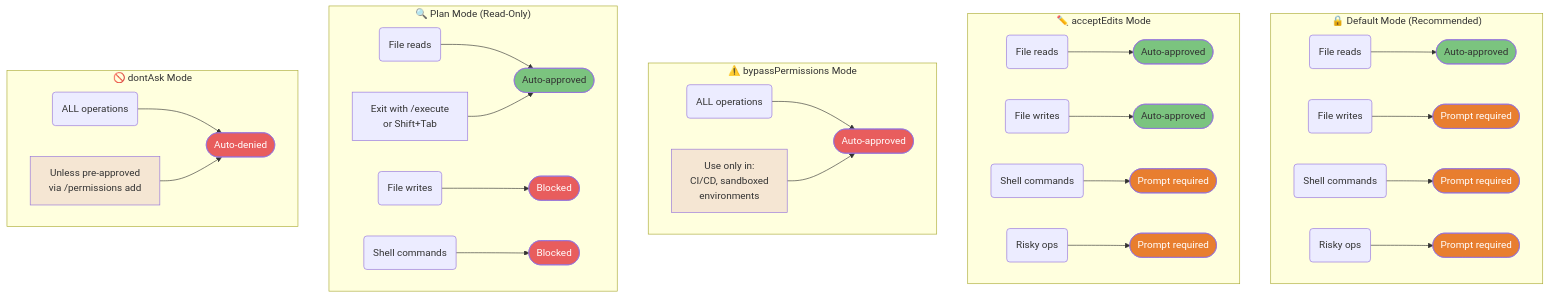
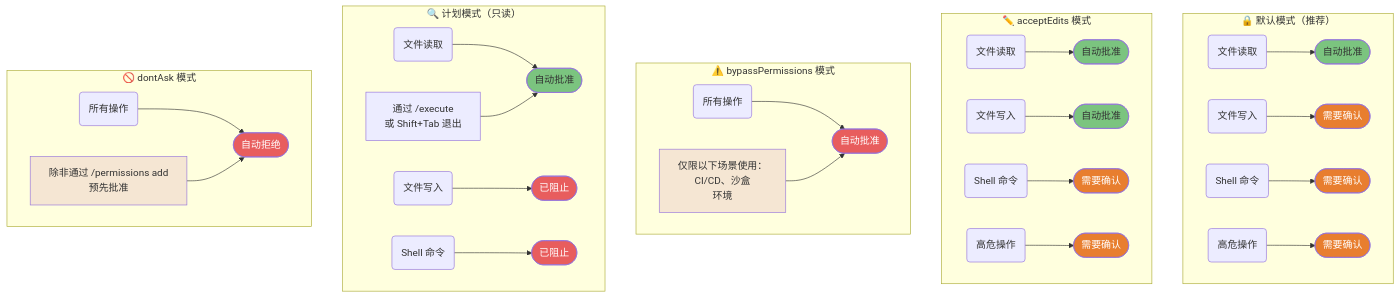
Before and after one commit to lawrencewzen/aispark-wiki: the fourth of 4 diagrams in claude-code/diagrams/01-foundations.md, drawn with Mermaid. The commit also changed other lines of this file and 82 other files, not shown here.

First line of the commit message:
feat: 完成 claude-code/ 目录全量中文翻译

````diff
--- a/claude-code/diagrams/01-foundations.md
+++ b/claude-code/diagrams/01-foundations.md
@@ -215,79 +215,79 @@
 ```mermaid
 flowchart TD
-    subgraph DEFAULT["🔒 Default Mode (Recommended)"]
-        D1(File reads) --> D2([Auto-approved])
-        D3(File writes) --> D4([Prompt required])
-        D5(Shell commands) --> D6([Prompt required])
-        D7(Risky ops) --> D8([Prompt required])
+    subgraph DEFAULT["🔒 默认模式（推荐）"]
+        D1(文件读取) --> D2([自动批准])
+        D3(文件写入) --> D4([需要确认])
+        D5(Shell 命令) --> D6([需要确认])
+        D7(高危操作) --> D8([需要确认])
     end
 
-    subgraph ACCEPT["✏️ acceptEdits Mode"]
-        A1(File reads) --> A2([Auto-approved])
-        A3(File writes) --> A4([Auto-approved])
-        A5(Shell commands) --> A6([Prompt required])
-        A7(Risky ops) --> A8([Prompt required])
+    subgraph ACCEPT["✏️ acceptEdits 模式"]
+        A1(文件读取) --> A2([自动批准])
+        A3(文件写入) --> A4([自动批准])
+        A5(Shell 命令) --> A6([需要确认])
+        A7(高危操作) --> A8([需要确认])
     end
 
-    subgraph BYPASS["⚠️ bypassPermissions Mode"]
-        B1(ALL operations) --> B2([Auto-approved])
-        B3["Use only in:<br/>CI/CD, sandboxed<br/>environments"] --> B2
+    subgraph BYPASS["⚠️ bypassPermissions 模式"]
+        B1(所有操作) --> B2([自动批准])
+        B3["仅限以下场景使用：<br/>CI/CD、沙盒<br/>环境"] --> B2
     end
 
-    subgraph PLAN["🔍 Plan Mode (Read-Only)"]
-        PL1(File reads) --> PL2([Auto-approved])
-        PL3(File writes) --> PL4([Blocked])
-        PL5(Shell commands) --> PL6([Blocked])
-        PL7["Exit with /execute<br/>or Shift+Tab"] --> PL2
+    subgraph PLAN["🔍 计划模式（只读）"]
+        PL1(文件读取) --> PL2([自动批准])
+        PL3(文件写入) --> PL4([已阻止])
+        PL5(Shell 命令) --> PL6([已阻止])
+        PL7["通过 /execute<br/>或 Shift+Tab 退出"] --> PL2
     end
 
-    subgraph DONTASK["🚫 dontAsk Mode"]
-        DA1(ALL operations) --> DA2([Auto-denied])
-        DA3["Unless pre-approved<br/>via /permissions add"] --> DA2
+    subgraph DONTASK["🚫 dontAsk 模式"]
+        DA1(所有操作) --> DA2([自动拒绝])
+        DA3["除非通过 /permissions add<br/>预先批准"] --> DA2
     end
 
     style D2 fill:#7BC47F,color:#333
     style D4 fill:#E87E2F,color:#fff
     style D6 fill:#E87E2F,color:#fff
     style D8 fill:#E87E2F,color:#fff
     style A2 fill:#7BC47F,color:#333
     style A4 fill:#7BC47F,color:#333
     style A6 fill:#E87E2F,color:#fff
     style A8 fill:#E87E2F,color:#fff
     style B2 fill:#E85D5D,color:#fff
     style B3 fill:#F5E6D3,color:#333
     style PL2 fill:#7BC47F,color:#333
     style PL4 fill:#E85D5D,color:#fff
     style PL6 fill:#E85D5D,color:#fff
     style DA2 fill:#E85D5D,color:#fff
     style DA3 fill:#F5E6D3,color:#333
 
-    click D1 href "https://github.com/claude-code-ultimate-guide/claude-code-ultimate-guide/blob/main/guide/ultimate-guide.md#14-permission-modes" "Default Mode — Permission Modes"
-    click D2 href "https://github.com/claude-code-ultimate-guide/claude-code-ultimate-guide/blob/main/guide/ultimate-guide.md#14-permission-modes" "Auto-approved"
-    click D3 href "https://github.com/claude-code-ultimate-guide/claude-code-ultimate-guide/blob/main/guide/ultimate-guide.md#14-permission-modes" "File writes"
-    click D4 href "https://github.com/claude-code-ultimate-guide/claude-code-ultimate-guide/blob/main/guide/ultimate-guide.md#14-permission-modes" "Prompt required"
-    click D5 href "https://github.com/claude-code-ultimate-guide/claude-code-ultimate-guide/blob/main/guide/ultimate-guide.md#14-permission-modes" "Shell commands"
-    click D6 href "https://github.com/claude-code-ultimate-guide/claude-code-ultimate-guide/blob/main/guide/ultimate-guide.md#14-permission-modes" "Prompt required"
-    click D7 href "https://github.com/claude-code-ultimate-guide/claude-code-ultimate-guide/blob/main/guide/ultimate-guide.md#14-permission-modes" "Risky ops"
-    click D8 href "https://github.com/claude-code-ultimate-guide/claude-code-ultimate-guide/blob/main/guide/ultimate-guide.md#14-permission-modes" "Prompt required"
-    click A1 href "https://github.com/claude-code-ultimate-guide/claude-code-ultimate-guide/blob/main/guide/ultimate-guide.md#14-permission-modes" "acceptEdits Mode"
-    click A2 href "https://github.com/claude-code-ultimate-guide/claude-code-ultimate-guide/blob/main/guide/ultimate-guide.md#14-permission-modes" "Auto-approved"
-    click A3 href "https://github.com/claude-code-ultimate-guide/claude-code-ultimate-guide/blob/main/guide/ultimate-guide.md#14-permission-modes" "File writes — auto"
-    click A4 href "https://github.com/claude-code-ultimate-guide/claude-code-ultimate-guide/blob/main/guide/ultimate-guide.md#14-permission-modes" "Auto-approved"
-    click A5 href "https://github.com/claude-code-ultimate-guide/claude-code-ultimate-guide/blob/main/guide/ultimate-guide.md#14-permission-modes" "Shell commands"
-    click A6 href "https://github.com/claude-code-ultimate-guide/claude-code-ultimate-guide/blob/main/guide/ultimate-guide.md#14-permission-modes" "Prompt required"
-    click A7 href "https://github.com/claude-code-ultimate-guide/claude-code-ultimate-guide/blob/main/guide/ultimate-guide.md#14-permission-modes" "Risky ops"
-    click A8 href "https://github.com/claude-code-ultimate-guide/claude-code-ultimate-guide/blob/main/guide/ultimate-guide.md#14-permission-modes" "Prompt required"
-    click B1 href "https://github.com/claude-code-ultimate-guide/claude-code-ultimate-guide/blob/main/guide/ultimate-guide.md#14-permission-modes" "bypassPermissions Mode"
-    click B2 href "https://github.com/claude-code-ultimate-guide/claude-code-ultimate-guide/blob/main/guide/ultimate-guide.md#14-permission-modes" "Auto-approved (all)"
-    click B3 href "https://github.com/claude-code-ultimate-guide/claude-code-ultimate-guide/blob/main/guide/ultimate-guide.md#14-permission-modes" "CI/CD, sandboxed only"
-    click PL1 href "https://github.com/claude-code-ultimate-guide/claude-code-ultimate-guide/blob/main/guide/ultimate-guide.md#14-permission-modes" "Plan Mode — File reads"
-    click PL2 href "https://github.com/claude-code-ultimate-guide/claude-code-ultimate-guide/blob/main/guide/ultimate-guide.md#14-permission-modes" "Auto-approved"
-    click PL3 href "https://github.com/claude-code-ultimate-guide/claude-code-ultimate-guide/blob/main/guide/ultimate-guide.md#14-permission-modes" "Plan Mode — File writes blocked"
-    click PL4 href "https://github.com/claude-code-ultimate-guide/claude-code-ultimate-guide/blob/main/guide/ultimate-guide.md#14-permission-modes" "Blocked"
-    click PL5 href "https://github.com/claude-code-ultimate-guide/claude-code-ultimate-guide/blob/main/guide/ultimate-guide.md#14-permission-modes" "Plan Mode — Shell commands blocked"
-    click PL6 href "https://github.com/claude-code-ultimate-guide/claude-code-ultimate-guide/blob/main/guide/ultimate-guide.md#14-permission-modes" "Blocked"
-    click PL7 href "https://github.com/claude-code-ultimate-guide/claude-code-ultimate-guide/blob/main/guide/ultimate-guide.md#14-permission-modes" "Exit Plan Mode"
-    click DA1 href "https://github.com/claude-code-ultimate-guide/claude-code-ultimate-guide/blob/main/guide/ultimate-guide.md#14-permission-modes" "dontAsk Mode — All operations"
-    click DA2 href "https://github.com/claude-code-ultimate-guide/claude-code-ultimate-guide/blob/main/guide/ultimate-guide.md#14-permission-modes" "Auto-denied"
-    click DA3 href "https://github.com/claude-code-ultimate-guide/claude-code-ultimate-guide/blob/main/guide/ultimate-guide.md#14-permission-modes" "Pre-approve via /permissions add"
+    click D1 href "https://github.com/claude-code-ultimate-guide/claude-code-ultimate-guide/blob/main/guide/ultimate-guide.md#14-permission-modes" "默认模式 — 权限模式"
+    click D2 href "https://github.com/claude-code-ultimate-guide/claude-code-ultimate-guide/blob/main/guide/ultimate-guide.md#14-permission-modes" "自动批准"
+    click D3 href "https://github.com/claude-code-ultimate-guide/claude-code-ultimate-guide/blob/main/guide/ultimate-guide.md#14-permission-modes" "文件写入"
+    click D4 href "https://github.com/claude-code-ultimate-guide/claude-code-ultimate-guide/blob/main/guide/ultimate-guide.md#14-permission-modes" "需要确认"
+    click D5 href "https://github.com/claude-code-ultimate-guide/claude-code-ultimate-guide/blob/main/guide/ultimate-guide.md#14-permission-modes" "Shell 命令"
+    click D6 href "https://github.com/claude-code-ultimate-guide/claude-code-ultimate-guide/blob/main/guide/ultimate-guide.md#14-permission-modes" "需要确认"
+    click D7 href "https://github.com/claude-code-ultimate-guide/claude-code-ultimate-guide/blob/main/guide/ultimate-guide.md#14-permission-modes" "高危操作"
+    click D8 href "https://github.com/claude-code-ultimate-guide/claude-code-ultimate-guide/blob/main/guide/ultimate-guide.md#14-permission-modes" "需要确认"
+    click A1 href "https://github.com/claude-code-ultimate-guide/claude-code-ultimate-guide/blob/main/guide/ultimate-guide.md#14-permission-modes" "acceptEdits 模式"
+    click A2 href "https://github.com/claude-code-ultimate-guide/claude-code-ultimate-guide/blob/main/guide/ultimate-guide.md#14-permission-modes" "自动批准"
+    click A3 href "https://github.com/claude-code-ultimate-guide/claude-code-ultimate-guide/blob/main/guide/ultimate-guide.md#14-permission-modes" "文件写入 — 自动"
+    click A4 href "https://github.com/claude-code-ultimate-guide/claude-code-ultimate-guide/blob/main/guide/ultimate-guide.md#14-permission-modes" "自动批准"
+    click A5 href "https://github.com/claude-code-ultimate-guide/claude-code-ultimate-guide/blob/main/guide/ultimate-guide.md#14-permission-modes" "Shell 命令"
+    click A6 href "https://github.com/claude-code-ultimate-guide/claude-code-ultimate-guide/blob/main/guide/ultimate-guide.md#14-permission-modes" "需要确认"
+    click A7 href "https://github.com/claude-code-ultimate-guide/claude-code-ultimate-guide/blob/main/guide/ultimate-guide.md#14-permission-modes" "高危操作"
+    click A8 href "https://github.com/claude-code-ultimate-guide/claude-code-ultimate-guide/blob/main/guide/ultimate-guide.md#14-permission-modes" "需要确认"
+    click B1 href "https://github.com/claude-code-ultimate-guide/claude-code-ultimate-guide/blob/main/guide/ultimate-guide.md#14-permission-modes" "bypassPermissions 模式"
+    click B2 href "https://github.com/claude-code-ultimate-guide/claude-code-ultimate-guide/blob/main/guide/ultimate-guide.md#14-permission-modes" "自动批准（所有操作）"
+    click B3 href "https://github.com/claude-code-ultimate-guide/claude-code-ultimate-guide/blob/main/guide/ultimate-guide.md#14-permission-modes" "仅限 CI/CD、沙盒环境"
+    click PL1 href "https://github.com/claude-code-ultimate-guide/claude-code-ultimate-guide/blob/main/guide/ultimate-guide.md#14-permission-modes" "计划模式 — 文件读取"
+    click PL2 href "https://github.com/claude-code-ultimate-guide/claude-code-ultimate-guide/blob/main/guide/ultimate-guide.md#14-permission-modes" "自动批准"
+    click PL3 href "https://github.com/claude-code-ultimate-guide/claude-code-ultimate-guide/blob/main/guide/ultimate-guide.md#14-permission-modes" "计划模式 — 文件写入已阻止"
+    click PL4 href "https://github.com/claude-code-ultimate-guide/claude-code-ultimate-guide/blob/main/guide/ultimate-guide.md#14-permission-modes" "已阻止"
+    click PL5 href "https://github.com/claude-code-ultimate-guide/claude-code-ultimate-guide/blob/main/guide/ultimate-guide.md#14-permission-modes" "计划模式 — Shell 命令已阻止"
+    click PL6 href "https://github.com/claude-code-ultimate-guide/claude-code-ultimate-guide/blob/main/guide/ultimate-guide.md#14-permission-modes" "已阻止"
+    click PL7 href "https://github.com/claude-code-ultimate-guide/claude-code-ultimate-guide/blob/main/guide/ultimate-guide.md#14-permission-modes" "退出计划模式"
+    click DA1 href "https://github.com/claude-code-ultimate-guide/claude-code-ultimate-guide/blob/main/guide/ultimate-guide.md#14-permission-modes" "dontAsk 模式 — 所有操作"
+    click DA2 href "https://github.com/claude-code-ultimate-guide/claude-code-ultimate-guide/blob/main/guide/ultimate-guide.md#14-permission-modes" "自动拒绝"
+    click DA3 href "https://github.com/claude-code-ultimate-guide/claude-code-ultimate-guide/blob/main/guide/ultimate-guide.md#14-permission-modes" "通过 /permissions add 预先批准"
 ```
````
